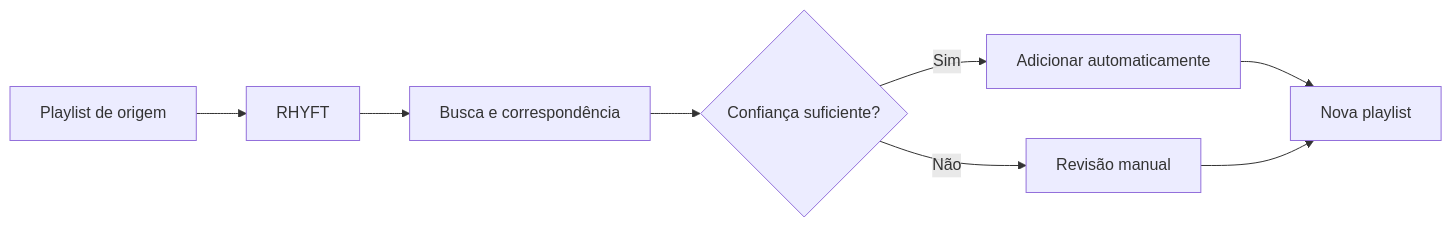
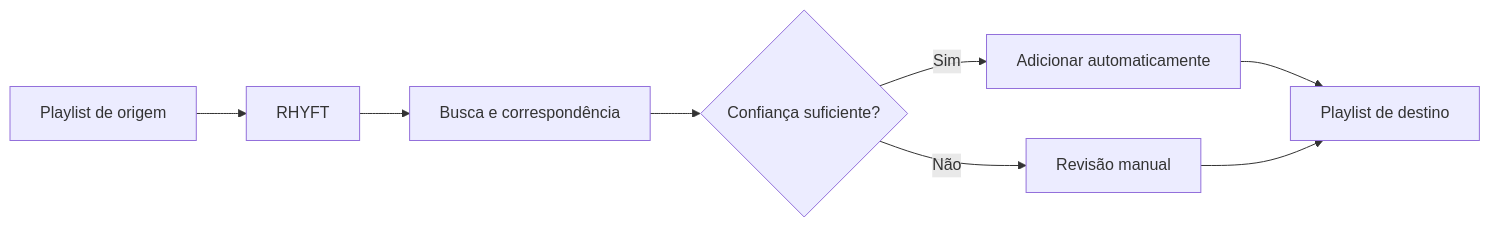
Before and after one commit to deadbynetsu/RHYFT: the diagram in README.md, drawn with Mermaid. The commit also changed other lines of this file and 32 other files, not shown here.

````diff
--- a/README.md
+++ b/README.md
@@ -73,10 +74,10 @@
 ```mermaid
 flowchart LR
     A[Playlist de origem] --> B[RHYFT]
     B --> C[Busca e correspondência]
     C --> D{Confiança suficiente?}
     D -- Sim --> E[Adicionar automaticamente]
     D -- Não --> F[Revisão manual]
-    E --> G[Nova playlist]
+    E --> G[Playlist de destino]
     F --> G
 ```
````
